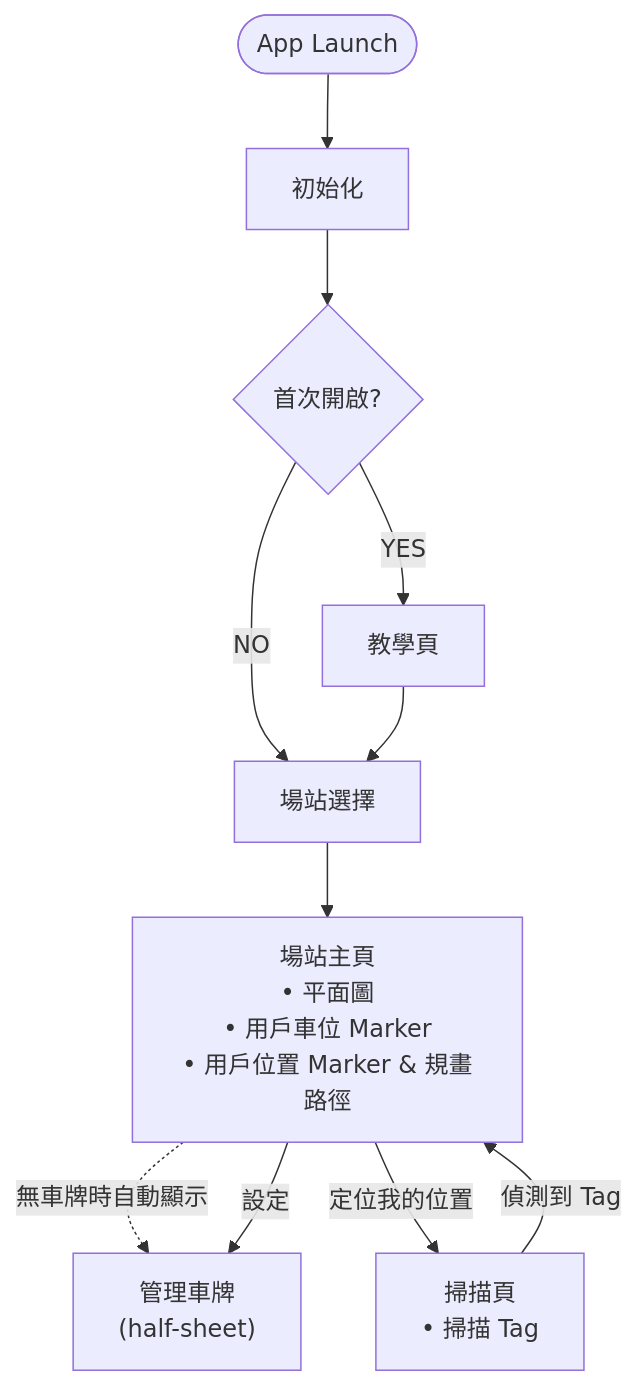
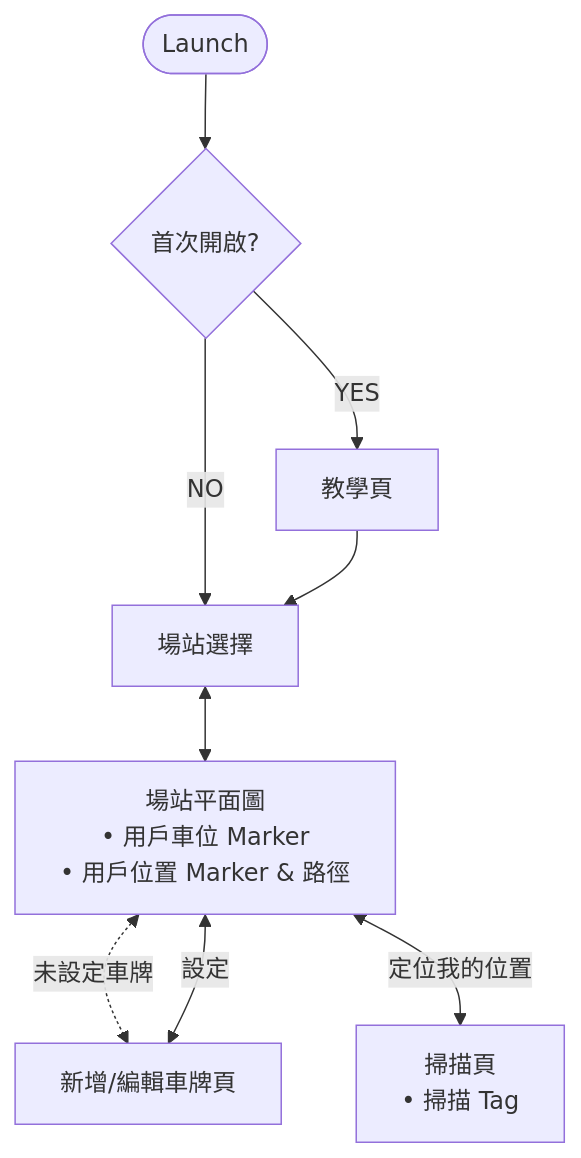
One commit to vml933/MyAgentServiceDoc changed the diagram in docs/user-flow.md. Above: the diagram before and after it, drawn with Mermaid.

Commit message:
add ParkingLotNavigate flow-char

````diff
--- a/docs/user-flow.md
+++ b/docs/user-flow.md
@@ -3,13 +3,12 @@
 ```mermaid
 flowchart TD
-    Start([App Launch]) --> Init["初始化"]
-    Init --> Q1{首次開啟?}
+    Start([Launch]) --> Q1{首次開啟?}
     Q1 -->|YES| Landing["教學頁"]
     Q1 -->|NO| SiteSelect["場站選擇"]
     Landing --> SiteSelect
-    SiteSelect --> SiteHome["場站主頁<br/>• 平面圖<br/>• 用戶車位 Marker<br/>• 用戶位置 Marker & 規畫路徑"]
-    SiteHome -.->|無車牌時自動顯示| ManagePlate["管理車牌<br/>(half-sheet)"]
-    SiteHome -->|設定| ManagePlate    
-    SiteHome -->|定位我的位置| Camera["掃描頁<br/>• 掃描 Tag"]
-    Camera -->|偵測到 Tag| SiteHome    
+    SiteSelect <--> SiteHome["場站平面圖<br/>• 用戶車位 Marker<br/>• 用戶位置 Marker & 路徑"]
+    SiteHome <-.->|未設定車牌| ManagePlate["新增/編輯車牌頁"]
+    SiteHome <-->|設定| ManagePlate    
+    SiteHome <-->|定位我的位置| Camera["掃描頁<br/>• 掃描 Tag"]
+    
 ```
````
